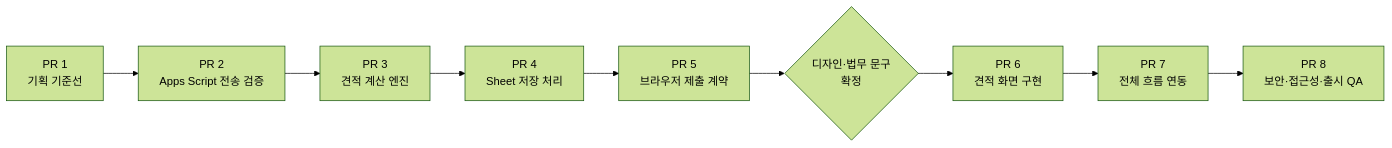
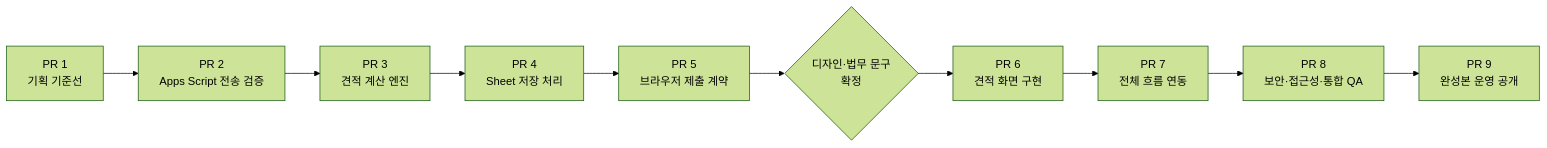
The first of 2 diagrams in docs/planning/quick-estimate-pr-roadmap.md (leekwansootv-creator/4refund), drawn with Mermaid (forest theme) before and after one commit. The commit also changed other lines of this file and 1 other file, not shown here.

````diff
--- a/docs/planning/quick-estimate-pr-roadmap.md
+++ b/docs/planning/quick-estimate-pr-roadmap.md
@@ -24,11 +25,12 @@
 ```mermaid
 flowchart LR
     PR1["PR 1<br/>기획 기준선"] --> PR2["PR 2<br/>Apps Script 전송 검증"]
     PR2 --> PR3["PR 3<br/>견적 계산 엔진"]
     PR3 --> PR4["PR 4<br/>Sheet 저장 처리"]
     PR4 --> PR5["PR 5<br/>브라우저 제출 계약"]
     PR5 --> D{"디자인·법무 문구<br/>확정"}
     D --> PR6["PR 6<br/>견적 화면 구현"]
     PR6 --> PR7["PR 7<br/>전체 흐름 연동"]
-    PR7 --> PR8["PR 8<br/>보안·접근성·출시 QA"]
+    PR7 --> PR8["PR 8<br/>보안·접근성·통합 QA"]
+    PR8 --> PR9["PR 9<br/>완성본 운영 공개"]
 ```
````
